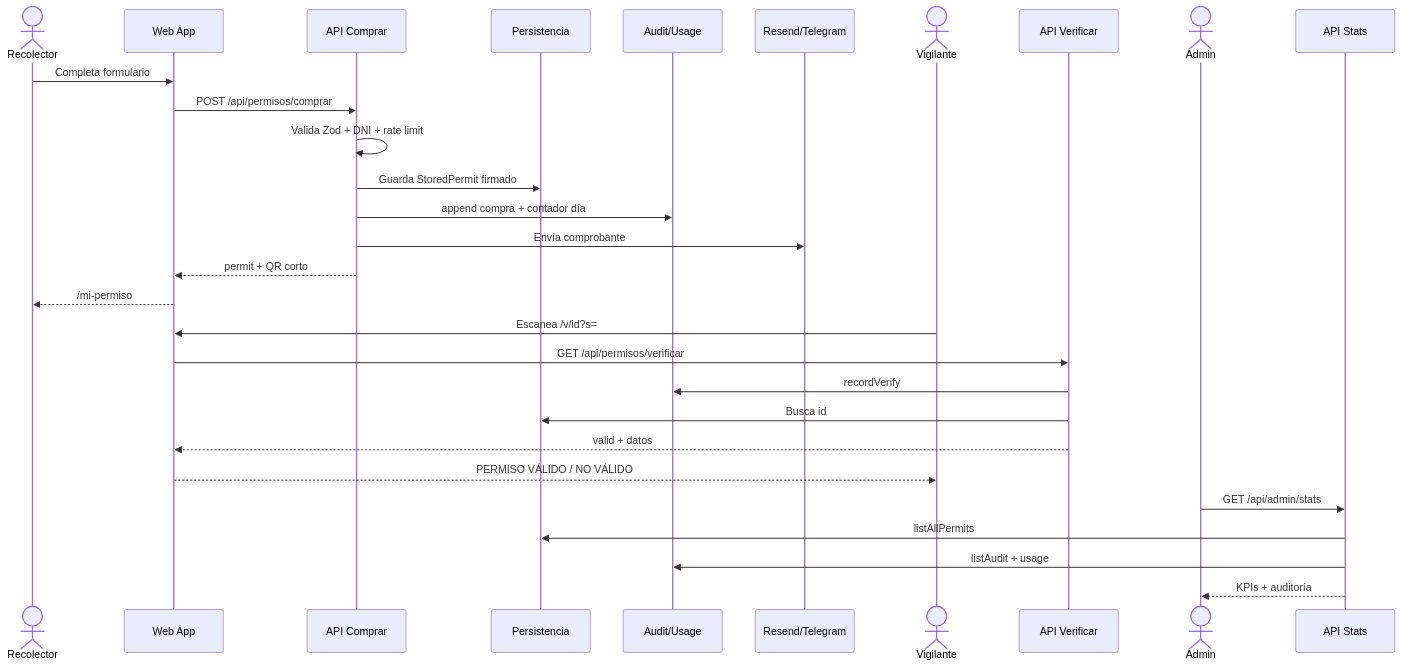
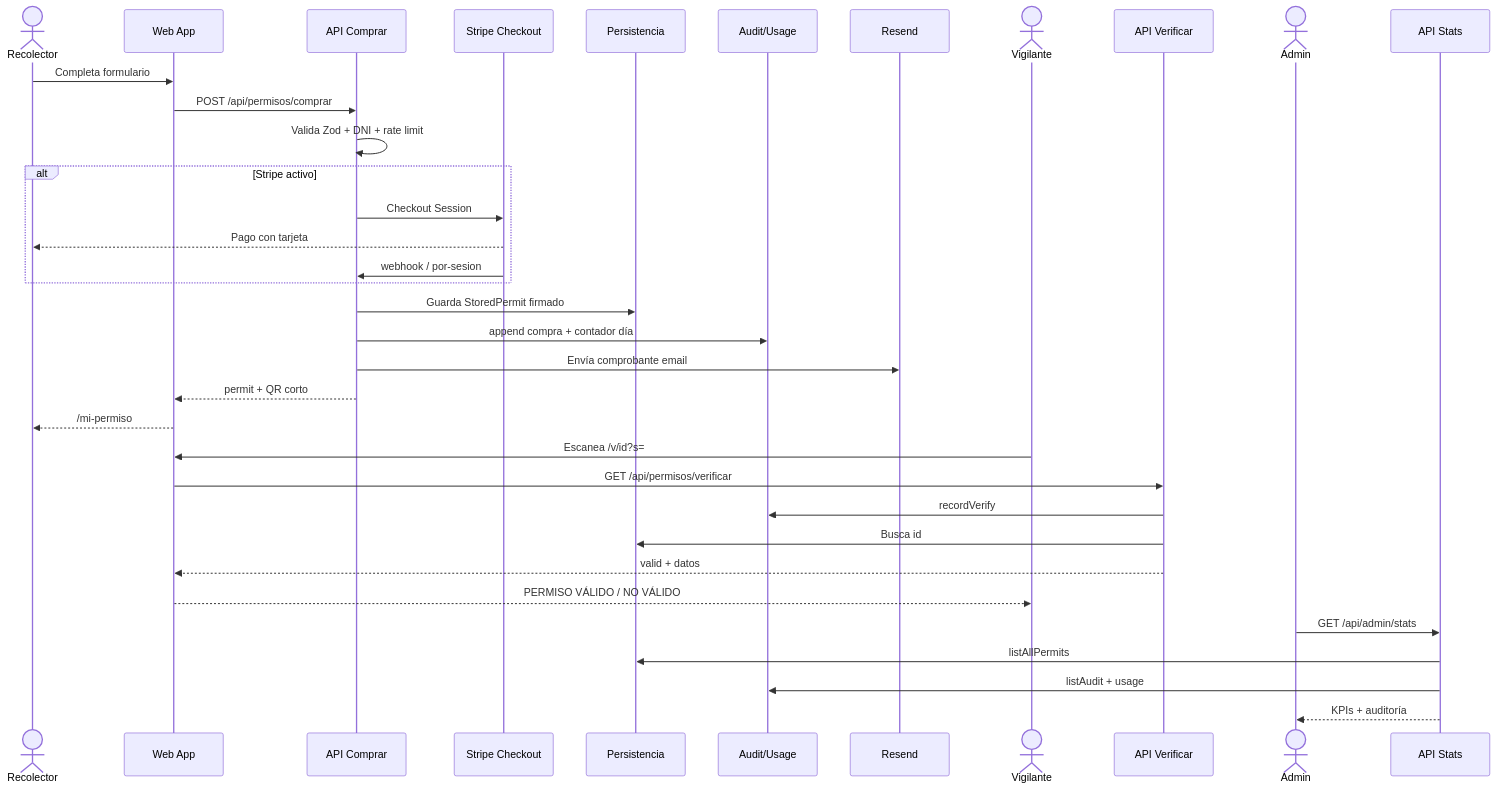
One commit to gracobjo/cotoSetas changed the fifth of 8 diagrams in docs/uml.md. Above: the diagram before and after it, drawn with Mermaid. The commit also changed other lines of this file and 10 other files, not shown here.

First line of the commit message:
Actualiza la documentación a v1.3: Stripe, tarifas Micocyl y entrega solo por email.

````diff
--- a/docs/uml.md
+++ b/docs/uml.md
@@ -257,34 +257,40 @@
 ```mermaid
 sequenceDiagram
   actor U as Recolector
   participant Web as Web App
   participant API as API Comprar
+  participant Stripe as Stripe Checkout
   participant Store as Persistencia
   participant Audit as Audit/Usage
-  participant Mail as Resend/Telegram
+  participant Mail as Resend
   actor Vig as Vigilante
   participant Ver as API Verificar
   actor Ad as Admin
   participant Stats as API Stats
 
   U->>Web: Completa formulario
   Web->>API: POST /api/permisos/comprar
   API->>API: Valida Zod + DNI + rate limit
+  alt Stripe activo
+    API->>Stripe: Checkout Session
+    Stripe-->>U: Pago con tarjeta
+    Stripe->>API: webhook / por-sesion
+  end
   API->>Store: Guarda StoredPermit firmado
   API->>Audit: append compra + contador día
-  API->>Mail: Envía comprobante
+  API->>Mail: Envía comprobante email
   API-->>Web: permit + QR corto
   Web-->>U: /mi-permiso
 
   Vig->>Web: Escanea /v/id?s=
   Web->>Ver: GET /api/permisos/verificar
   Ver->>Audit: recordVerify
   Ver->>Store: Busca id
   Ver-->>Web: valid + datos
   Web-->>Vig: PERMISO VÁLIDO / NO VÁLIDO
 
   Ad->>Stats: GET /api/admin/stats
   Stats->>Store: listAllPermits
   Stats->>Audit: listAudit + usage
   Stats-->>Ad: KPIs + auditoría
 ```
````
